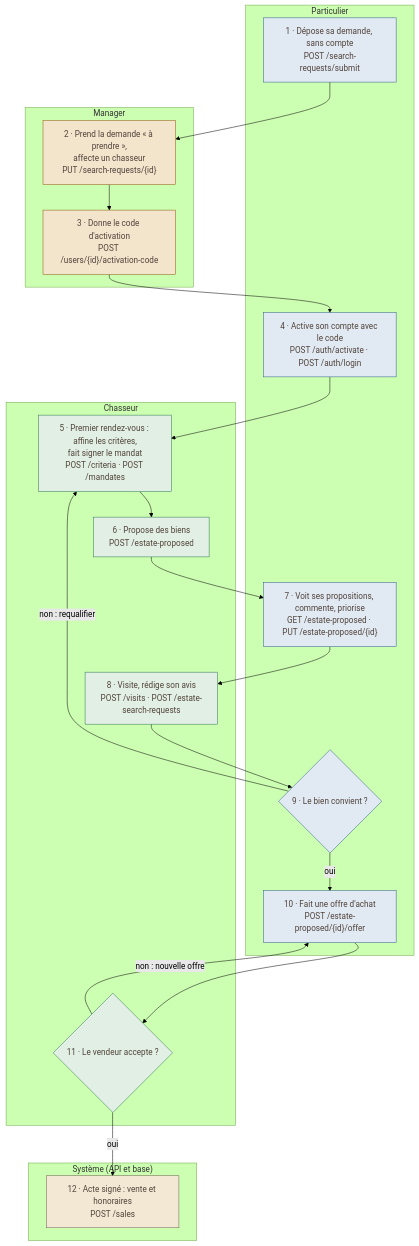
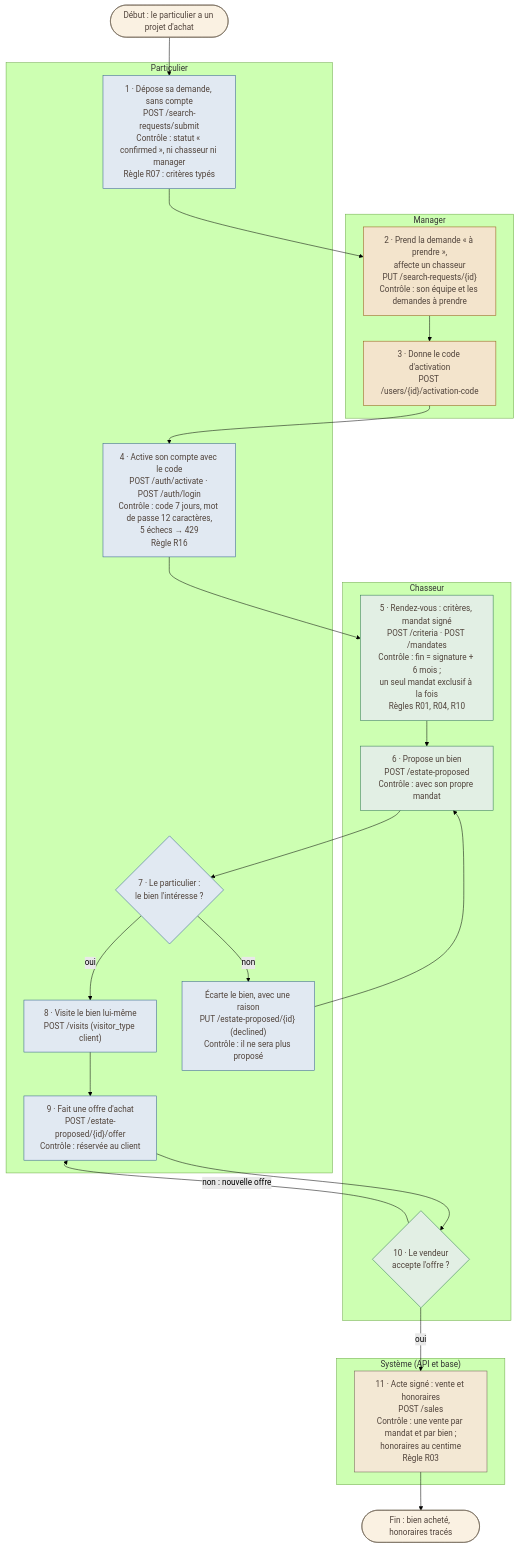
The second of 3 diagrams in livrables/4-application/processus-metier.md (GaSeBeLa/Fil-Rouge), drawn with Mermaid (forest theme) before and after one commit. The commit also changed other lines of this file and 3 other files, not shown here.

````diff
--- a/livrables/4-application/processus-metier.md
+++ b/livrables/4-application/processus-metier.md
@@ -13,38 +52,42 @@
 ```mermaid
 flowchart TB
+    D1(["Début : le particulier a un projet d'achat"])
     subgraph PART["Particulier"]
-        P1["1 · Dépose sa demande, sans compte<br/>POST /search-requests/submit"]
-        P4["4 · Active son compte avec le code<br/>POST /auth/activate · POST /auth/login"]
-        P7["7 · Voit ses propositions, commente, priorise<br/>GET /estate-proposed · PUT /estate-proposed/{id}"]
-        P9{"9 · Le bien convient ?"}
-        P10["10 · Fait une offre d'achat<br/>POST /estate-proposed/{id}/offer"]
+        P1["1 · Dépose sa demande, sans compte<br/>POST /search-requests/submit<br/>Contrôle : statut « confirmed », ni chasseur ni manager<br/>Règle R07 : critères typés"]
+        P4["4 · Active son compte avec le code<br/>POST /auth/activate · POST /auth/login<br/>Contrôle : code 7 jours, mot de passe 12 caractères,<br/>5 échecs → 429<br/>Règle R16"]
+        P7{"7 · Le particulier :<br/>le bien l'intéresse ?"}
+        P8["8 · Visite le bien lui-même<br/>POST /visits (visitor_type client)"]
+        P9["9 · Fait une offre d'achat<br/>POST /estate-proposed/{id}/offer<br/>Contrôle : réservée au client"]
+        P7N["Écarte le bien, avec une raison<br/>PUT /estate-proposed/{id} (declined)<br/>Contrôle : il ne sera plus proposé"]
     end
     subgraph MAN["Manager"]
-        M2["2 · Prend la demande « à prendre »,<br/>affecte un chasseur<br/>PUT /search-requests/{id}"]
+        M2["2 · Prend la demande « à prendre »,<br/>affecte un chasseur<br/>PUT /search-requests/{id}<br/>Contrôle : son équipe et les demandes à prendre"]
         M3["3 · Donne le code d'activation<br/>POST /users/{id}/activation-code"]
     end
     subgraph CHA["Chasseur"]
-        C5["5 · Premier rendez-vous : affine les critères,<br/>fait signer le mandat<br/>POST /criteria · POST /mandates"]
-        C6["6 · Propose des biens<br/>POST /estate-proposed"]
-        C8["8 · Visite, rédige son avis<br/>POST /visits · POST /estate-search-requests"]
-        C11{"11 · Le vendeur accepte ?"}
+        C5["5 · Rendez-vous : critères, mandat signé<br/>POST /criteria · POST /mandates<br/>Contrôle : fin = signature + 6 mois ;<br/>un seul mandat exclusif à la fois<br/>Règles R01, R04, R10"]
+        C6["6 · Propose un bien<br/>POST /estate-proposed<br/>Contrôle : avec son propre mandat"]
+        C10{"10 · Le vendeur<br/>accepte l'offre ?"}
     end
     subgraph SYS["Système (API et base)"]
-        S12["12 · Acte signé : vente et honoraires<br/>POST /sales"]
+        S11["11 · Acte signé : vente et honoraires<br/>POST /sales<br/>Contrôle : une vente par mandat et par bien ;<br/>honoraires au centime<br/>Règle R03"]
     end
+    F1(["Fin : bien acheté, honoraires tracés"])
 
-    P1 --> M2 --> M3 --> P4 --> C5 --> C6 --> P7 --> C8 --> P9
-    P9 -->|"non : requalifier"| C5
-    P9 -->|"oui"| P10 --> C11
-    C11 -->|"non : nouvelle offre"| P10
-    C11 -->|"oui"| S12
+    D1 --> P1 --> M2 --> M3 --> P4 --> C5 --> C6 --> P7
+    P7 -->|"non"| P7N --> C6
+    P7 -->|"oui"| P8 --> P9 --> C10
+    C10 -->|"non : nouvelle offre"| P9
+    C10 -->|"oui"| S11 --> F1
 
     classDef part fill:#e1e9f2,stroke:#2f5d8c,color:#50433b
     classDef man fill:#f3e4cc,stroke:#8f5a0f,color:#50433b
     classDef cha fill:#e2efe4,stroke:#2d7551,color:#50433b
     classDef sys fill:#f3e8d4,stroke:#6e6151,color:#50433b
-    class P1,P4,P7,P9,P10 part
+    classDef bord fill:#faf1e2,stroke:#6e6151,color:#50433b
+    class P1,P4,P7,P7N,P8,P9 part
     class M2,M3 man
-    class C5,C6,C8,C11 cha
-    class S12 sys
+    class C5,C6,C10 cha
+    class S11 sys
+    class D1,F1 bord
 ```
````
